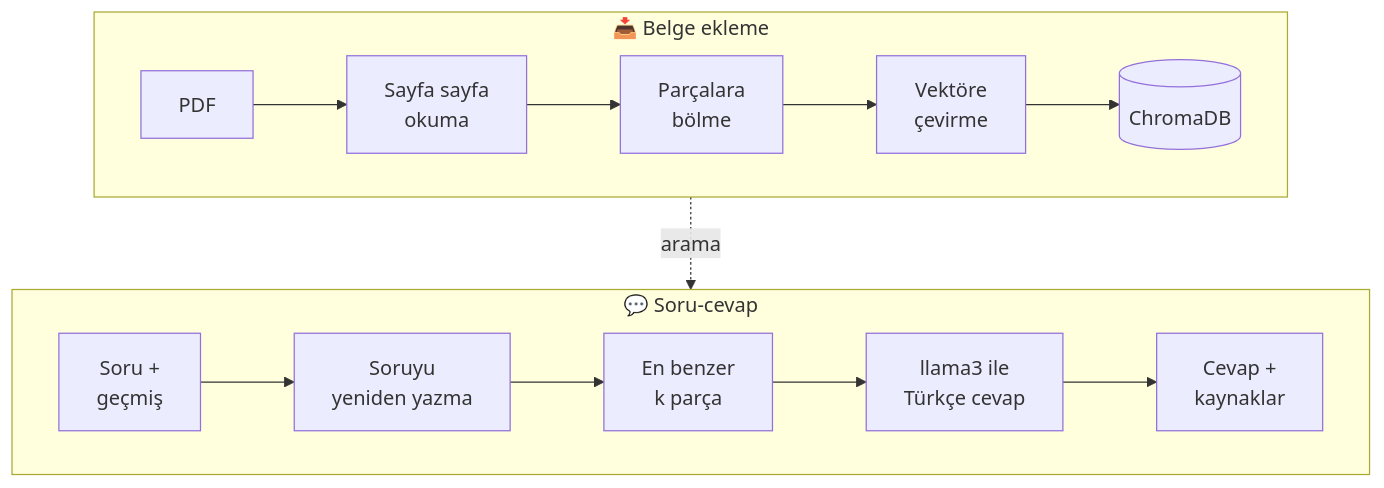
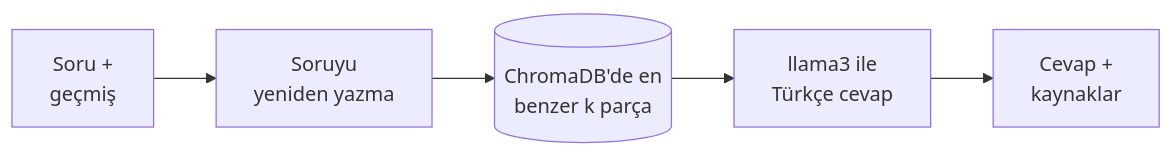
Before and after one commit to hakanEfeTuysuz/local-rag-assistant: the second of 2 diagrams in README.md, drawn with Mermaid. The commit also changed other lines of this file, not shown here.

Commit message:
docs: README diyagrami iki yatay akisa bolundu

````diff
--- a/README.md
+++ b/README.md
@@ -128,12 +137,4 @@
 ```mermaid
-flowchart TB
-    subgraph Ekleme["📥 Belge ekleme"]
-        direction LR
-        A[PDF] --> B[Sayfa sayfa<br/>okuma] --> C[Parçalara<br/>bölme] --> D[Vektöre<br/>çevirme] --> E[(ChromaDB)]
-    end
-    subgraph Soru["💬 Soru-cevap"]
-        direction LR
-        Q[Soru +<br/>geçmiş] --> R[Soruyu<br/>yeniden yazma] --> S[En benzer<br/>k parça] --> T[llama3 ile<br/>Türkçe cevap] --> U[Cevap +<br/>kaynaklar]
-    end
-    E -. arama .-> S
+flowchart LR
+    Q[Soru +<br/>geçmiş] --> R[Soruyu<br/>yeniden yazma] --> S[(ChromaDB'de en<br/>benzer k parça)] --> T[llama3 ile<br/>Türkçe cevap] --> U[Cevap +<br/>kaynaklar]
 ```
````
